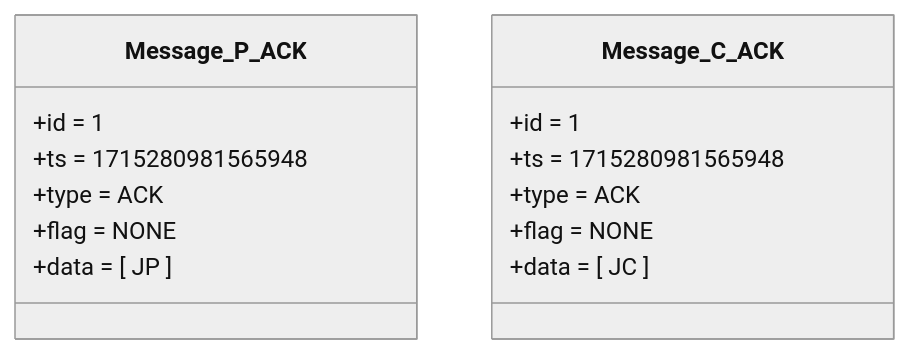
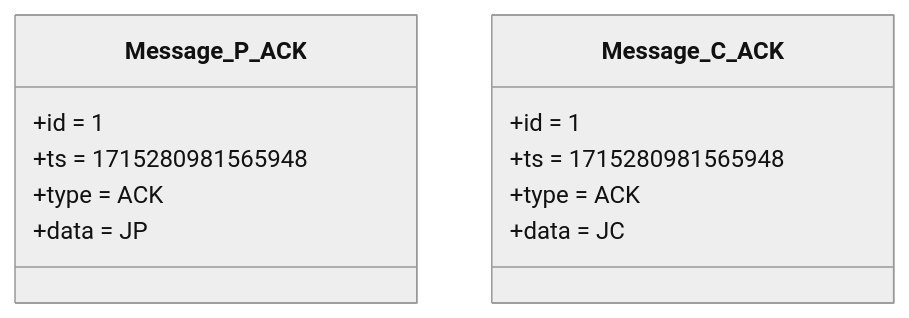
One commit to duclos-cavalcanti/TreeBuilder changed the fifth of 6 diagrams in docs/slidev/slides/Workflow-2.0.md. Above: the diagram before and after it, drawn with Mermaid (neutral theme). The commit also changed other lines of this file and 12 other files, not shown here.

````diff
--- a/docs/slidev/slides/Workflow-2.0.md
+++ b/docs/slidev/slides/Workflow-2.0.md
@@ -149,19 +150,17 @@
 ```mermaid
 classDiagram
     class Message_P_ACK{
             +id   = 1
             +ts   = 1715280981565948
             +type = ACK
-            +flag = NONE
-            +data = [ JP ]
+            +data = JP
     }
 
     class Message_C_ACK{
             +id   = 1
             +ts   = 1715280981565948
             +type = ACK
-            +flag = NONE
-            +data = [ JC ]
+            +data = JC
     }
     %% style Message fill:#0070C0,color:#fff
 ```
````
